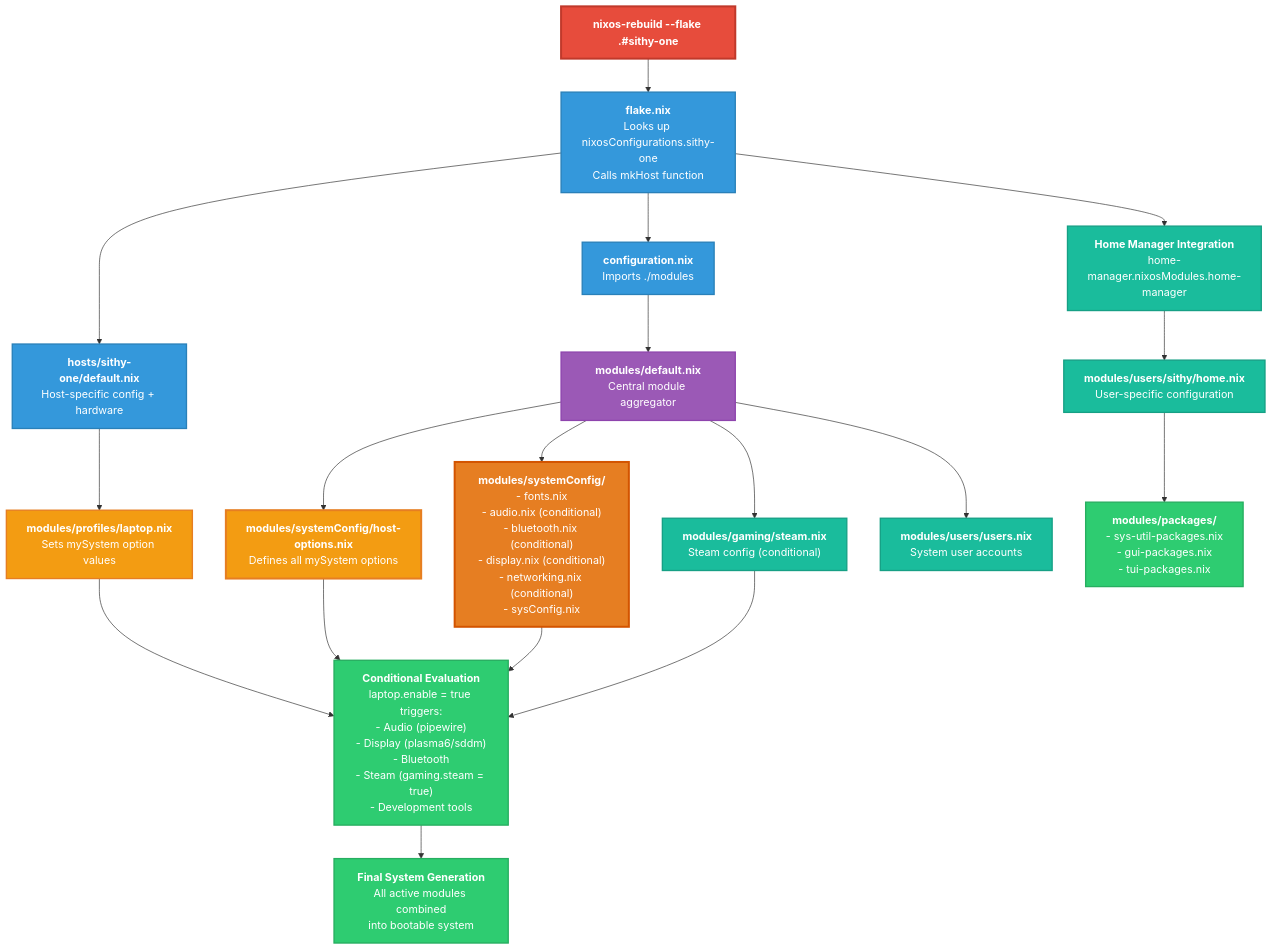
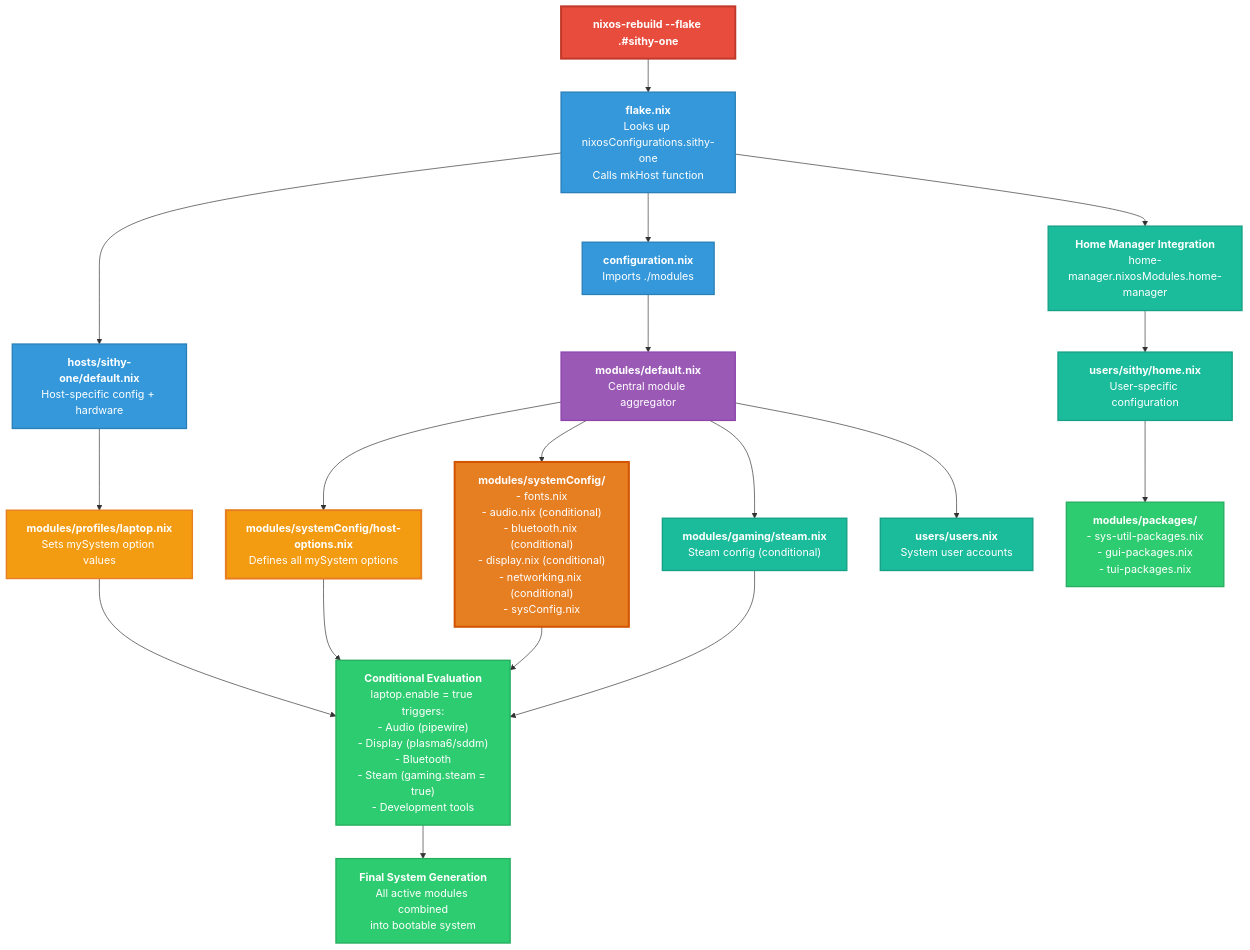
The diagram in rebuild-flow.md (sithypenguin/nix-config), drawn with Mermaid before and after one commit. The commit also changed 5 other files, not shown here.

Commit message:
Move users to the root of nix-config

````diff
--- a/rebuild-flow.md
+++ b/rebuild-flow.md
@@ -1,80 +1,80 @@
 ```mermaid
 flowchart TD
     A["`**nixos-rebuild --flake .#sithy-one**`"] --> B["`**flake.nix**
     Looks up nixosConfigurations.sithy-one
     Calls mkHost function`"]
     
     B --> C["`**configuration.nix**
     Imports ./modules`"]
     
     B --> D["`**hosts/sithy-one/default.nix**
     Host-specific config + hardware`"]
     
     C --> E["`**modules/default.nix**
     Central module aggregator`"]
     
     D --> F["`**modules/profiles/laptop.nix**
     Sets mySystem option values`"]
     
     E --> G["`**modules/systemConfig/host-options.nix**
     Defines all mySystem options`"]
     
     E --> H["`**modules/systemConfig/**
     - fonts.nix
     - audio.nix (conditional)
     - bluetooth.nix (conditional)
     - display.nix (conditional)
     - networking.nix (conditional)
     - sysConfig.nix`"]
     
     E --> I["`**modules/gaming/steam.nix**
     Steam config (conditional)`"]
     
-    E --> J["`**modules/users/users.nix**
+    E --> J["`**users/users.nix**
     System user accounts`"]
     
     B --> K["`**Home Manager Integration**
     home-manager.nixosModules.home-manager`"]
     
-    K --> L["`**modules/users/sithy/home.nix**
+    K --> L["`**users/sithy/home.nix**
     User-specific configuration`"]
     
     L --> M["`**modules/packages/**
     - sys-util-packages.nix
     - gui-packages.nix
     - tui-packages.nix`"]
     
     F --> N["`**Conditional Evaluation**
     laptop.enable = true triggers:
     - Audio (pipewire)
     - Display (plasma6/sddm)
     - Bluetooth
     - Steam (gaming.steam = true)
     - Development tools`"]
     
     G --> N
     H --> N
     I --> N
     
     N --> O["`**Final System Generation**
     All active modules combined
     into bootable system`"]
     
     %% Color styling for better visibility
     style A fill:#e74c3c,stroke:#c0392b,stroke-width:3px,color:#fff
     style B fill:#3498db,stroke:#2980b9,stroke-width:2px,color:#fff
     style C fill:#3498db,stroke:#2980b9,stroke-width:2px,color:#fff
     style D fill:#3498db,stroke:#2980b9,stroke-width:2px,color:#fff
     style E fill:#9b59b6,stroke:#8e44ad,stroke-width:2px,color:#fff
     style F fill:#f39c12,stroke:#e67e22,stroke-width:2px,color:#fff
     style G fill:#f39c12,stroke:#e67e22,stroke-width:3px,color:#fff
     style H fill:#e67e22,stroke:#d35400,stroke-width:3px,color:#fff
     style I fill:#1abc9c,stroke:#16a085,stroke-width:2px,color:#fff
     style J fill:#1abc9c,stroke:#16a085,stroke-width:2px,color:#fff
     style K fill:#1abc9c,stroke:#16a085,stroke-width:2px,color:#fff
     style L fill:#1abc9c,stroke:#16a085,stroke-width:2px,color:#fff
     style M fill:#2ecc71,stroke:#27ae60,stroke-width:2px,color:#fff
     style N fill:#2ecc71,stroke:#27ae60,stroke-width:2px,color:#fff
     style O fill:#2ecc71,stroke:#27ae60,stroke-width:2px,color:#fff
 
 ```
````
